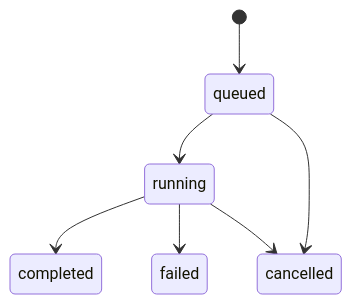
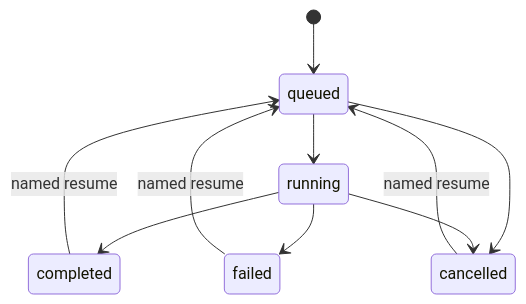
Before and after one commit to Wh1isper/ya-agent-sdk: the second of 4 diagrams in packages/ya-claw/spec/07-async-subagents.md, drawn with Mermaid. The commit also changed other lines of this file and 446 other files, not shown here.

````diff
--- a/packages/ya-claw/spec/07-async-subagents.md
+++ b/packages/ya-claw/spec/07-async-subagents.md
@@ -98,9 +148,12 @@
 ```mermaid
 stateDiagram-v2
     [*] --> queued
     queued --> running
     running --> completed
     running --> failed
     queued --> cancelled
     running --> cancelled
+    completed --> queued: named resume
+    failed --> queued: named resume
+    cancelled --> queued: named resume
 ```
````
